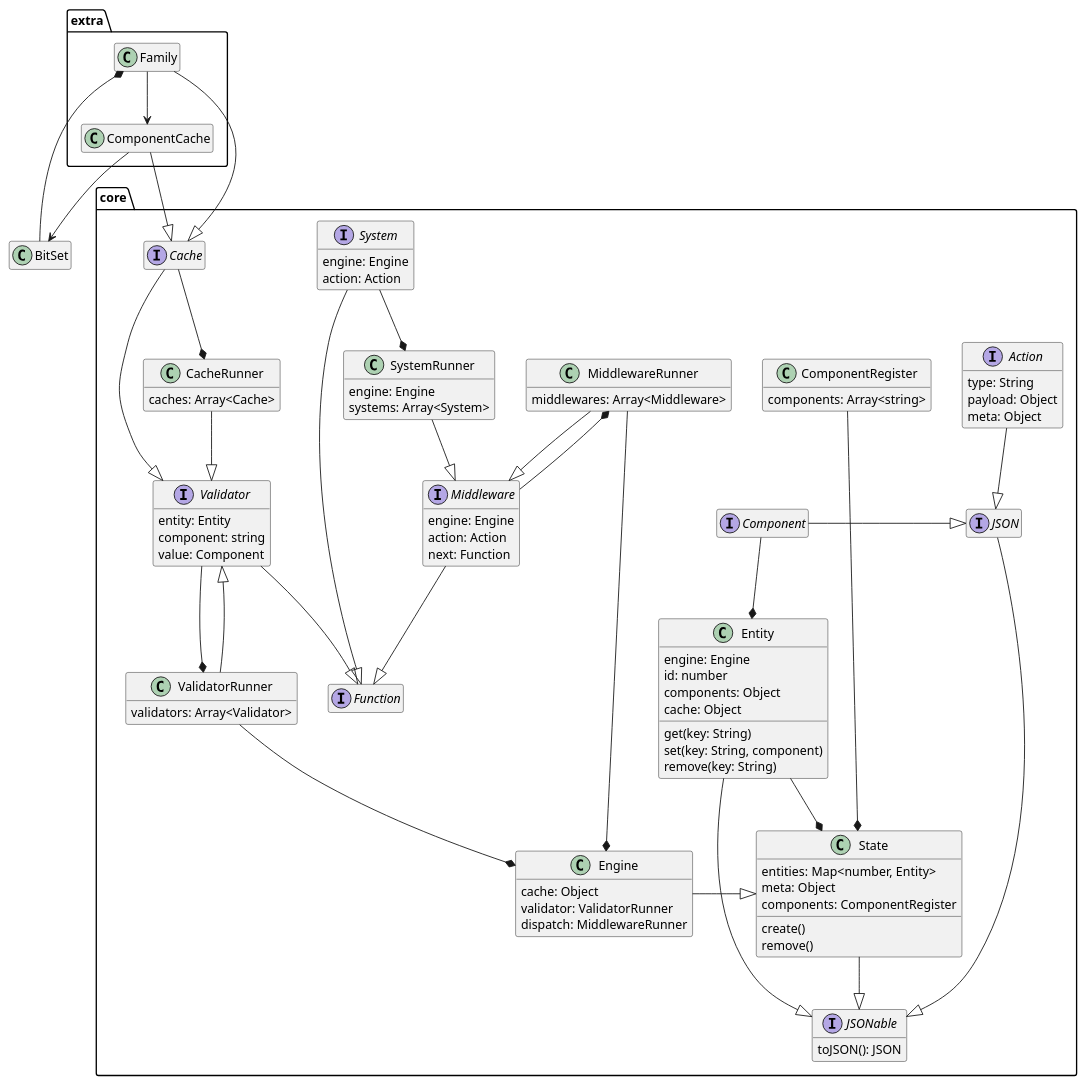
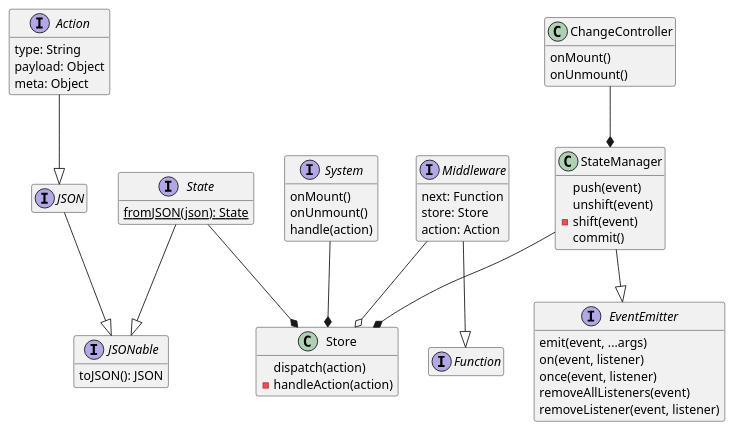
One commit to yoo2001818/ecsalator changed the diagram in doc/class.puml. Above: the diagram before and after it, drawn with PlantUML. The commit also changed 1 other file, not shown here.

Commit message:
Add class diagram

```diff
--- a/doc/class.puml
+++ b/doc/class.puml
@@ -1,141 +1,71 @@
 @startuml
 
 hide empty fields
 hide empty methods
 
-package core {
-
-  interface Action {
-    type: String
-    payload: Object
-    meta: Object
-  }
-
-  interface JSON
-  interface JSONable {
-    toJSON(): JSON
-  }
-
-  Action --|> JSON
-  JSON --|> JSONable
-
-  interface Middleware {
-    engine: Engine
-    action: Action
-    next: Function
-  }
-  class MiddlewareRunner {
-    middlewares: Array<Middleware>
-  }
-
-  MiddlewareRunner --|> Middleware
-  Middleware --* MiddlewareRunner
-
-  interface System {
-    ' Systems should be able to set up events, etc. However I don't suppose
-    ' That's system's job.
-    engine: Engine
-    action: Action
-  }
-  class SystemRunner {
-    engine: Engine
-    systems: Array<System>
-  }
-
-  SystemRunner --|> Middleware
-  System --* SystemRunner
-
-  interface Function
-
-  Middleware --|> Function
-  System --|> Function
-
-  interface Component {
-  }
-
-  Component -|> JSON
-
-  class Entity {
-    engine: Engine
-    id: number
-    components: Object
-    cache: Object
-    get(key: String)
-    set(key: String, component)
-    remove(key: String)
-  }
-
-  Component --* Entity
-  Entity -|> JSONable
-
-  class State {
-    entities: Map<number, Entity>
-    meta: Object
-    components: ComponentRegister
-
-    create()
-    remove()
-  }
-
-  Entity --* State
-  State --|> JSONable
-  ComponentRegister ----* State
-
-  class ComponentRegister {
-    components: Array<string>
-  }
-
-  interface Validator {
-    entity: Entity
-    component: string
-    value: Component
-  }
-
-  Validator --|> Function
-
-  class ValidatorRunner {
-    validators: Array<Validator>
-  }
-
-  ValidatorRunner --|> Validator
-  Validator --* ValidatorRunner
-
-  interface Cache {
-  }
-
-  Cache --|> Validator
-
-  class CacheRunner {
-    caches: Array<Cache>
-  }
-
-  CacheRunner --|> Validator
-
-  Cache --* CacheRunner
-
-  class Engine {
-    cache: Object
-    validator: ValidatorRunner
-    dispatch: MiddlewareRunner
-  }
-
-  ValidatorRunner --* Engine
-  MiddlewareRunner --* Engine
-  Engine -|> State
-
+interface Action {
+  type: String
+  payload: Object
+  meta: Object
 }
 
-class BitSet
+interface JSON
+interface JSONable {
+  toJSON(): JSON
+}
+Action --|> JSON
+JSON --|> JSONable
 
-package extra {
-  class ComponentCache
-  ComponentCache --|> Cache
-  ComponentCache --> BitSet
-  class Family
-  BitSet --* Family
-  Family --|> Cache
-  Family --> ComponentCache
+interface Function {
 }
 
+interface EventEmitter {
+  emit(event, ...args)
+  on(event, listener)
+  once(event, listener)
+  removeAllListeners(event)
+  removeListener(event, listener)
+}
+
+interface Middleware {
+  next: Function
+  store: Store
+  action: Action
+}
+Middleware --|> Function
+
+interface System {
+  onMount()
+  onUnmount()
+  handle(action)
+}
+
+class StateManager {
+  push(event)
+  unshift(event)
+  -shift(event)
+  commit()
+}
+StateManager --|> EventEmitter
+
+class ChangeController {
+  onMount()
+  onUnmount()
+}
+ChangeController --* StateManager
+
+interface State {
+  {static} fromJSON(json): State
+}
+State --|> JSONable
+
+class Store {
+  dispatch(action)
+  -handleAction(action)
+}
+Middleware --o Store
+StateManager --* Store
+System --* Store
+State --* Store
 
 @enduml
```
